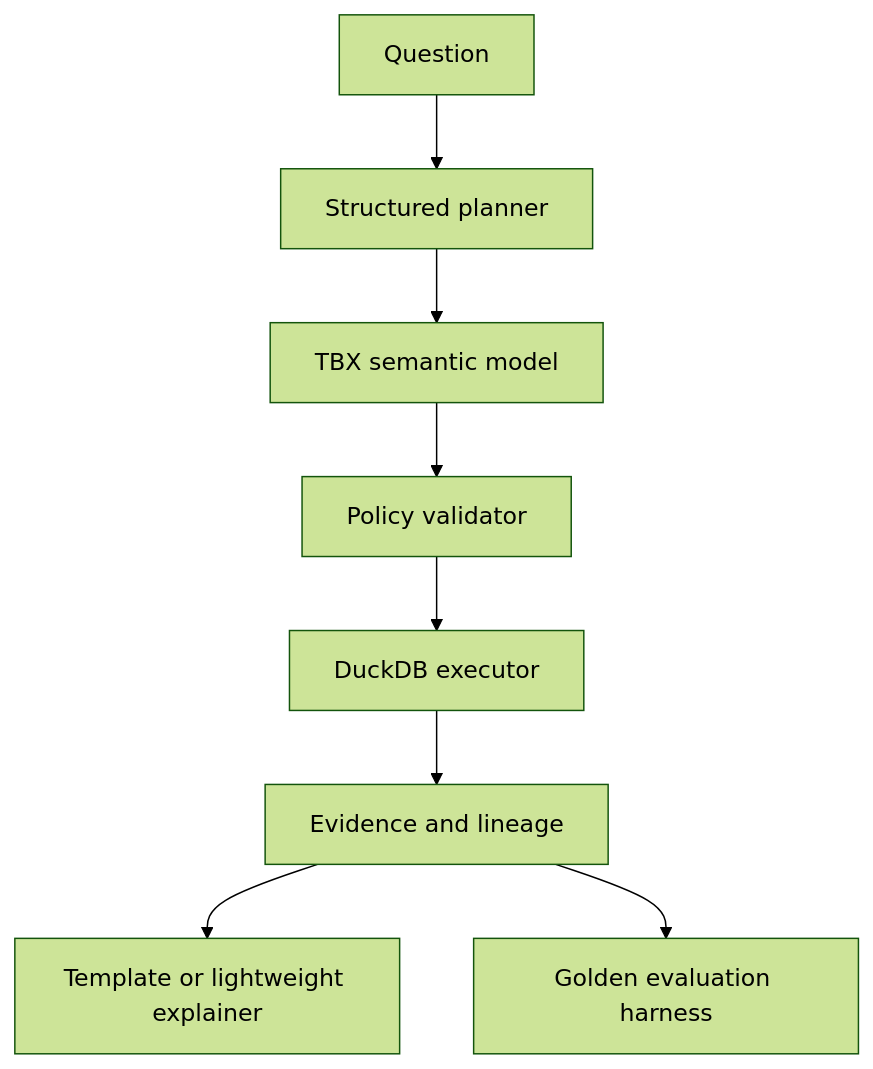
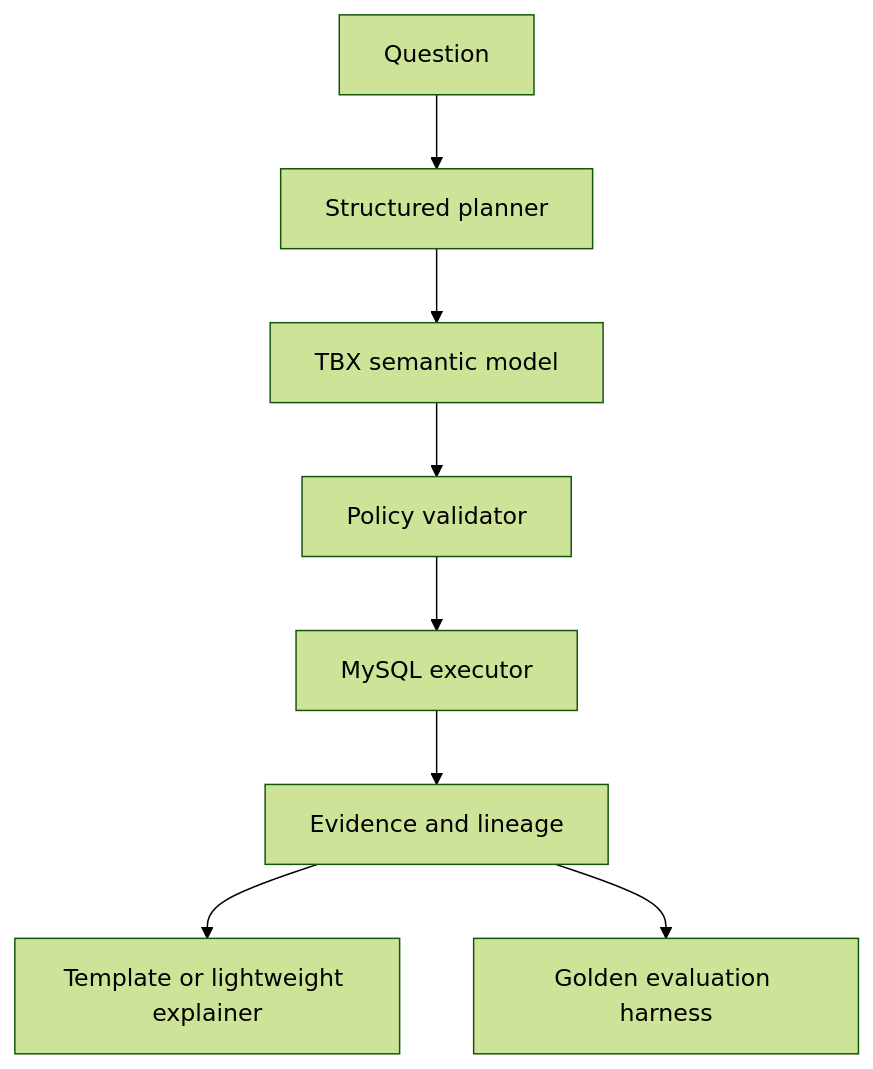
The fourth of 4 diagrams in docs/ARCHITECTURE.md (MenigStar91/tbx-ai-assistant), drawn with Mermaid (forest theme) before and after one commit. The commit also changed other lines of this file, not shown here.

Commit message:
Move runtime analytics to introspected MySQL: docs/ARCHITECTURE.md

````diff
--- a/docs/ARCHITECTURE.md
+++ b/docs/ARCHITECTURE.md
@@ -355,10 +349,10 @@
 ```mermaid
 flowchart TD
     Q[Question] --> Planner[Structured planner]
     Planner --> Semantic[TBX semantic model]
     Semantic --> Validator[Policy validator]
-    Validator --> Executor[DuckDB executor]
+    Validator --> Executor[MySQL executor]
     Executor --> Lineage[Evidence and lineage]
     Lineage --> Answer[Template or lightweight explainer]
     Lineage --> Eval[Golden evaluation harness]
 ```
````
